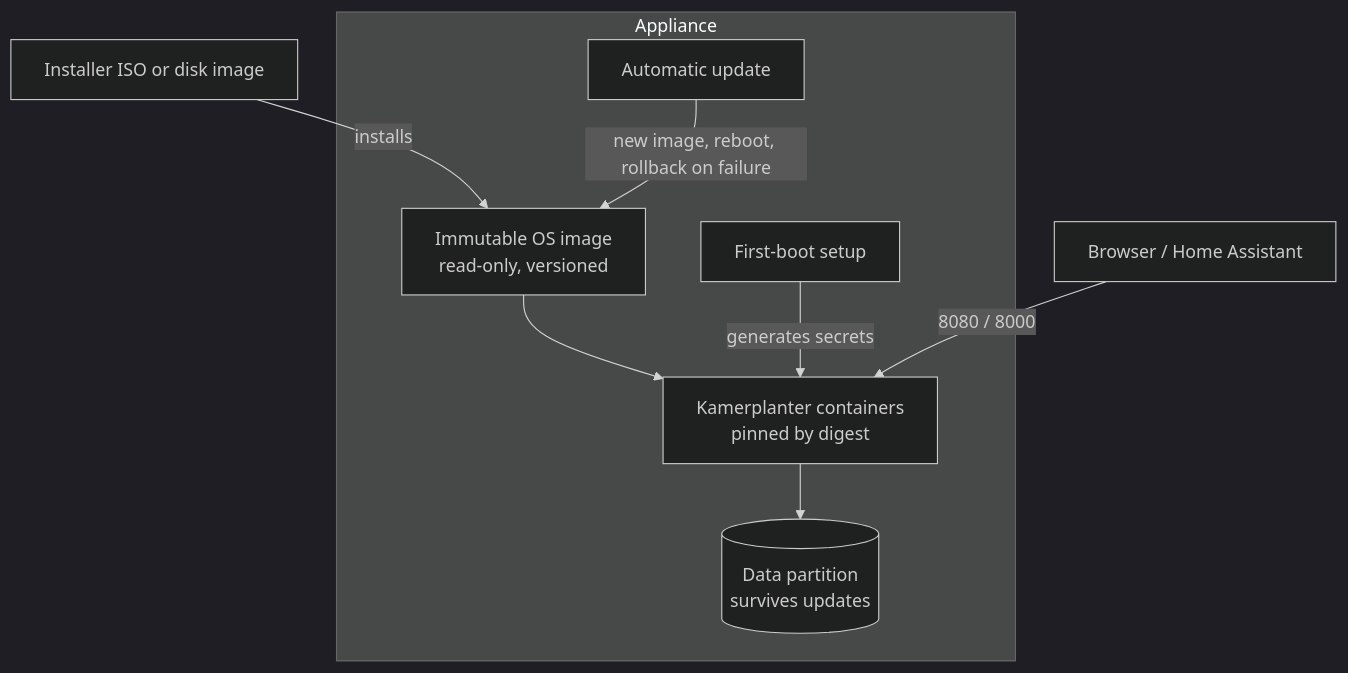
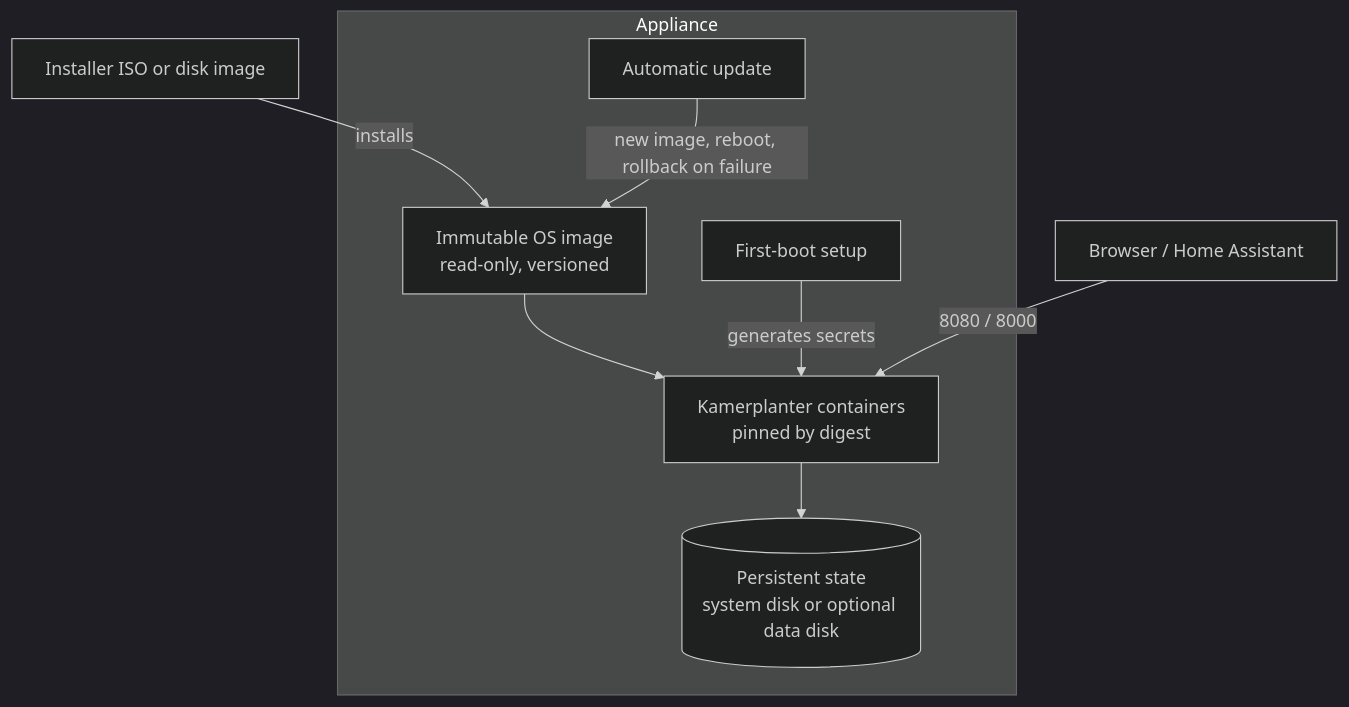
Before and after one commit to nolte/kamerplanter-appliance: the diagram in README.md, drawn with Mermaid (dark theme). The commit also changed other lines of this file and 10 other files, not shown here.

````diff
--- a/README.md
+++ b/README.md
@@ -59,11 +59,11 @@
 ```mermaid
 flowchart TD
     iso["Installer ISO or disk image"] -->|installs| os
     subgraph vm["Appliance"]
         os["Immutable OS image<br/>read-only, versioned"] --> stack["Kamerplanter containers<br/>pinned by digest"]
         fb["First-boot setup"] -->|generates secrets| stack
-        stack --> data[("Data partition<br/>survives updates")]
+        stack --> data[("Persistent state<br/>system disk or optional data disk")]
         upd["Automatic update"] -->|new image, reboot, rollback on failure| os
     end
     user["Browser / Home Assistant"] -->|8080 / 8000| stack
 ```
````
